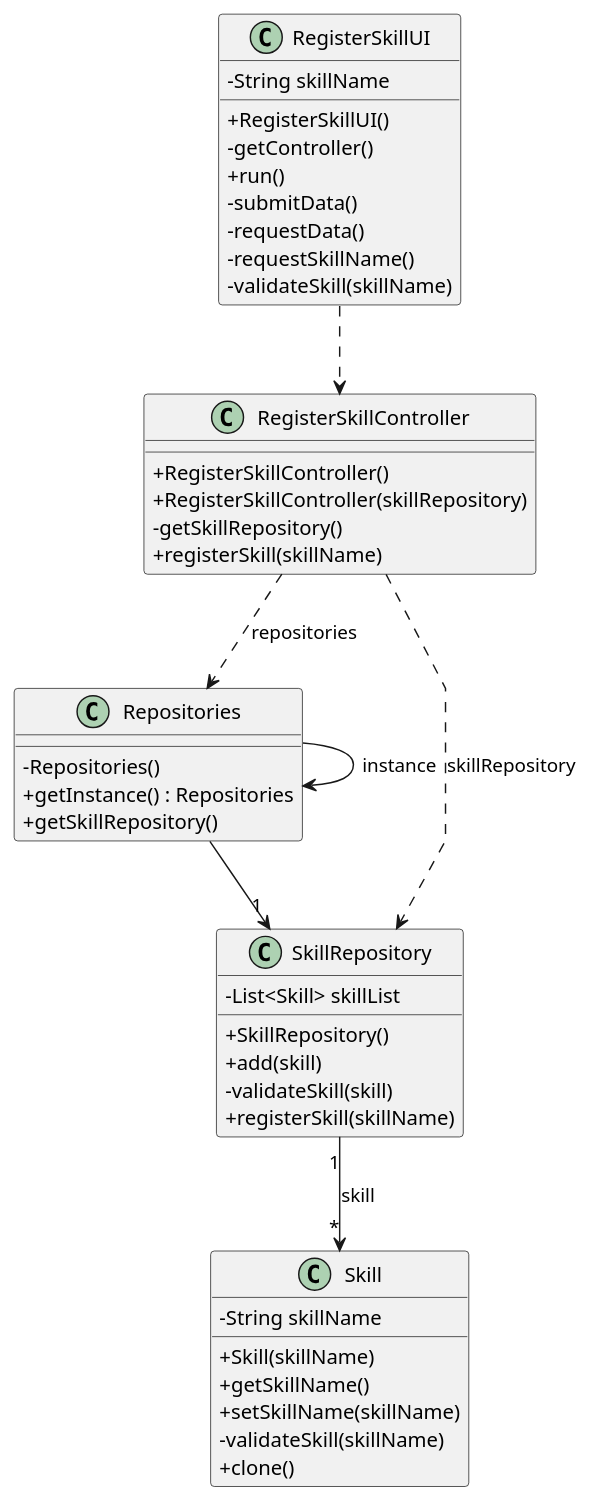
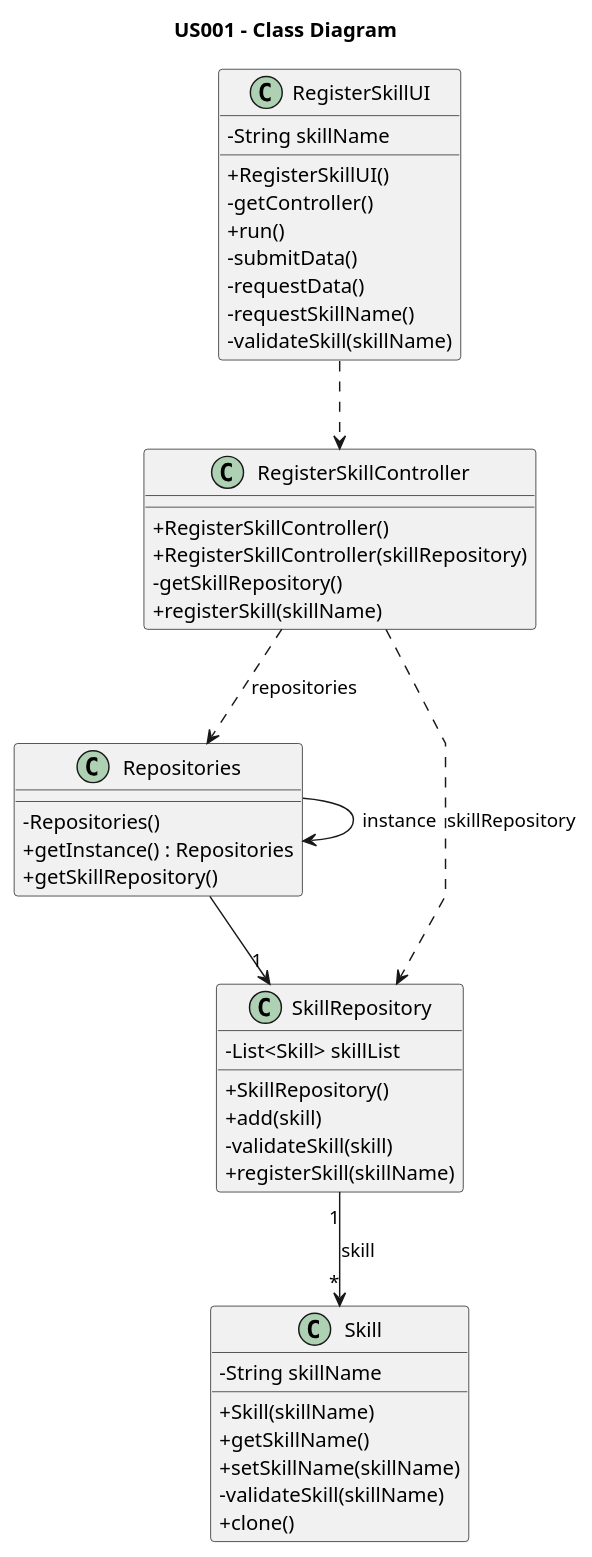
One commit to Rui-San/LAPR2_2023_2024 changed the diagram in docs/sprintB/us001/03.design/puml/us001-class-diagram.puml. Above: the diagram before and after it, drawn with PlantUML. The commit also changed 3 other files, not shown here.

Commit message:
us001/us006 class diagram added title

```diff
--- a/docs/sprintB/us001/03.design/puml/us001-class-diagram.puml
+++ b/docs/sprintB/us001/03.design/puml/us001-class-diagram.puml
@@ -1,63 +1,63 @@
 @startuml
 'skinparam monochrome true
 skinparam packageStyle rectangle
 skinparam shadowing false
 skinparam linetype polyline
 'skinparam linetype orto
 skinparam classAttributeIconSize 0
 'left to right direction
 
-
+title US001 - Class Diagram
 
 class RegisterSkillUI {
     - String skillName
 
     + RegisterSkillUI()
     - getController()
     + run()
     - submitData()
     - requestData()
     - requestSkillName()
     - validateSkill(skillName)
 }
 
 class RegisterSkillController {
     + RegisterSkillController()
     + RegisterSkillController(skillRepository)
     - getSkillRepository()
     + registerSkill(skillName)
 }
 
 class Repositories {
     - Repositories()
     + getInstance() : Repositories
     + getSkillRepository()
 }
 
 class SkillRepository {
     - List<Skill> skillList
 
     + SkillRepository()
     + add(skill)
     - validateSkill(skill)
     + registerSkill(skillName)
 }
 
 class Skill {
     - String skillName
 
     + Skill(skillName)
     + getSkillName()
     + setSkillName(skillName)
     - validateSkill(skillName)
     + clone()
 }
 
 Repositories -> Repositories : instance
 Repositories --> "1" SkillRepository
 RegisterSkillController ..> SkillRepository : skillRepository
 SkillRepository "1" --> "*" Skill : skill
 RegisterSkillController ..> Repositories : repositories
 RegisterSkillUI ..> RegisterSkillController
 
 @enduml
```
